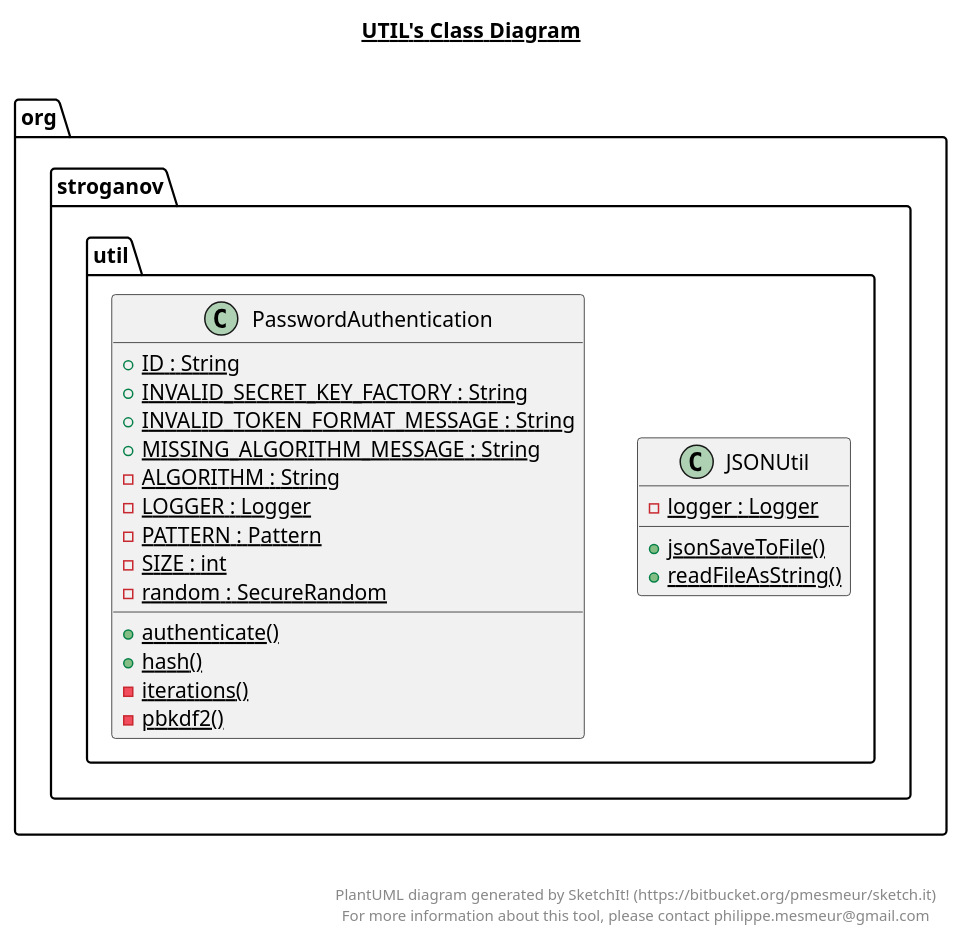
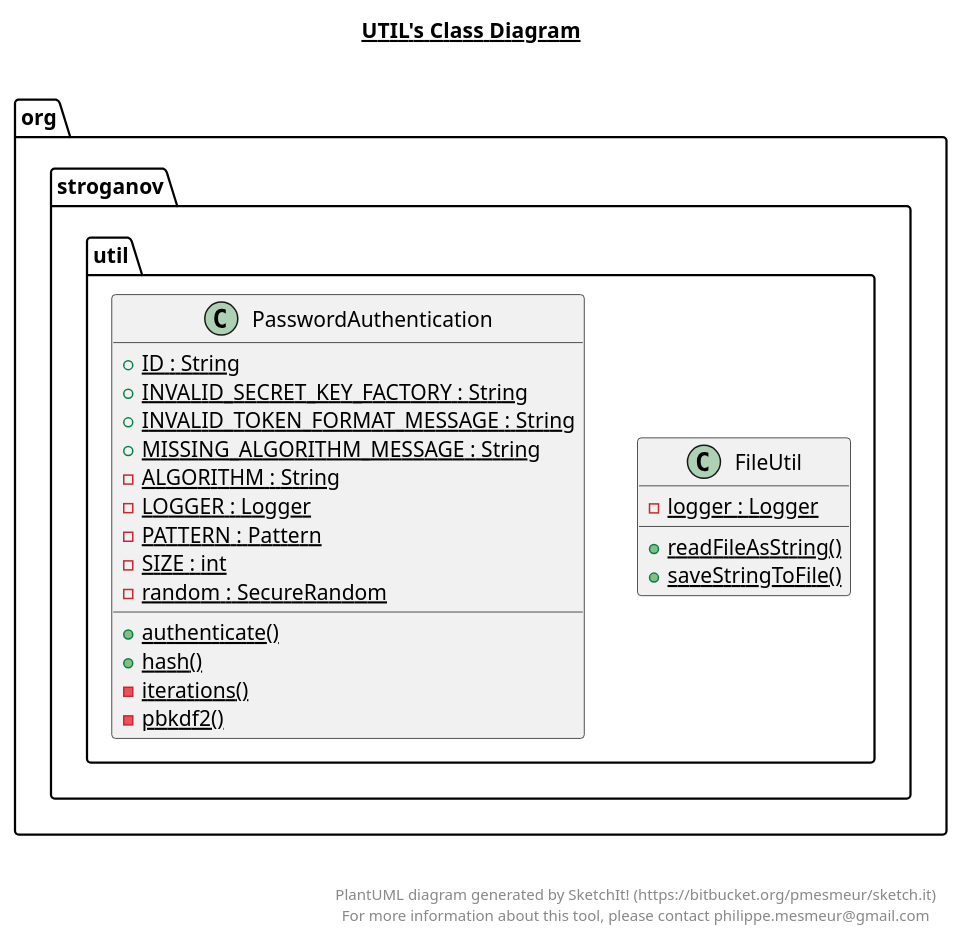
One commit to SergeyStroganoff/LibraryApp changed the diagram in src/main/java/org/stroganov/util/util.plantuml. Above: the diagram before and after it, drawn with PlantUML. The commit also changed 17 other files, not shown here.

```diff
--- a/src/main/java/org/stroganov/util/util.plantuml
+++ b/src/main/java/org/stroganov/util/util.plantuml
@@ -1,46 +1,46 @@
 @startuml
 
 title __UTIL's Class Diagram__\n
 
   namespace org.stroganov {
     namespace util {
-      class org.stroganov.util.JSONUtil {
+      class org.stroganov.util.FileUtil {
           {static} - logger : Logger
-          {static} + jsonSaveToFile()
           {static} + readFileAsString()
+          {static} + saveStringToFile()
       }
     }
   }
   
 
   namespace org.stroganov {
     namespace util {
       class org.stroganov.util.PasswordAuthentication {
           {static} + ID : String
           {static} + INVALID_SECRET_KEY_FACTORY : String
           {static} + INVALID_TOKEN_FORMAT_MESSAGE : String
           {static} + MISSING_ALGORITHM_MESSAGE : String
           {static} - ALGORITHM : String
           {static} - LOGGER : Logger
           {static} - PATTERN : Pattern
           {static} - SIZE : int
           {static} - random : SecureRandom
           {static} + authenticate()
           {static} + hash()
           {static} - iterations()
           {static} - pbkdf2()
       }
     }
   }
   
 
 
 
 right footer
 
 
 PlantUML diagram generated by SketchIt! (https://bitbucket.org/pmesmeur/sketch.it)
 For more information about this tool, please contact philippe.mesmeur@gmail.com
 endfooter
 
 @enduml
```
